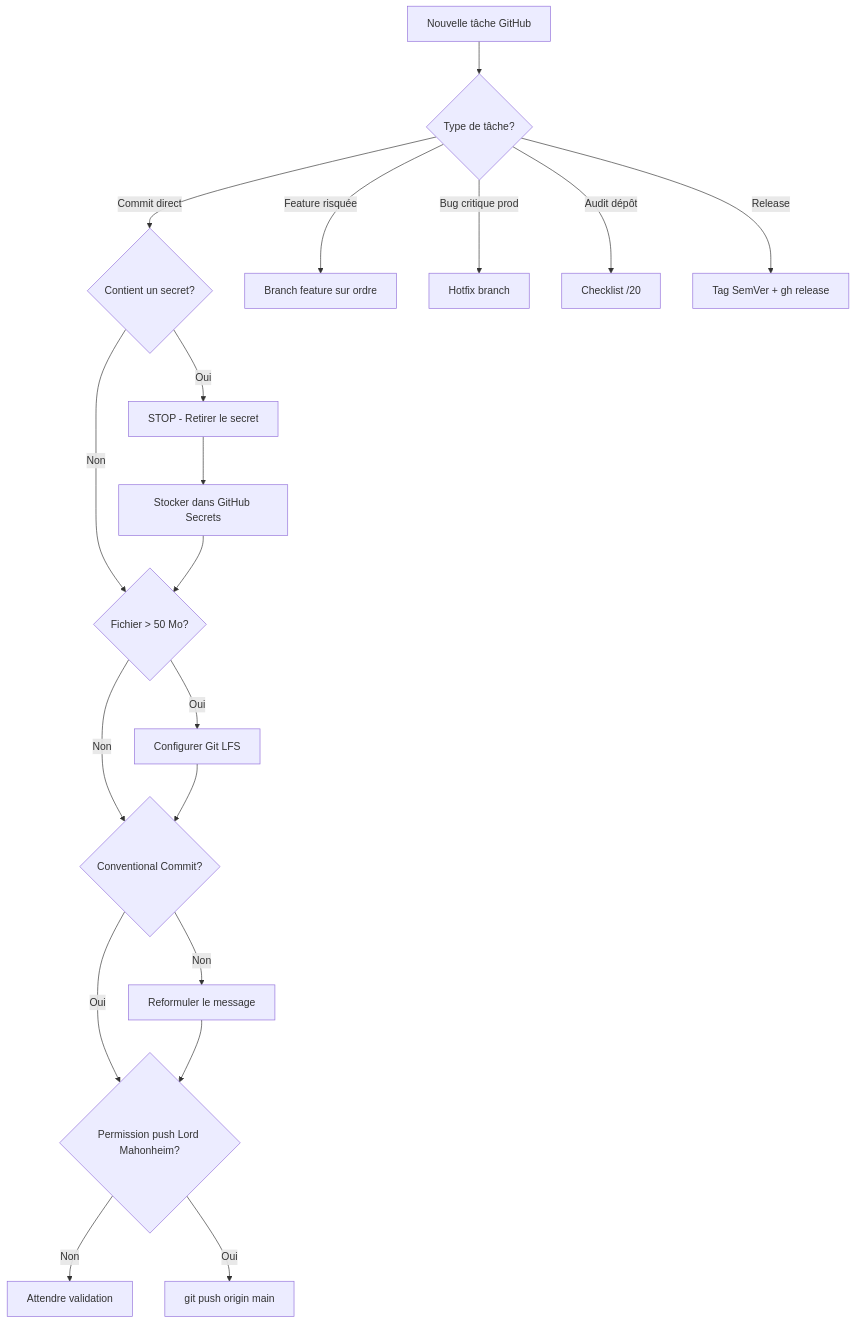
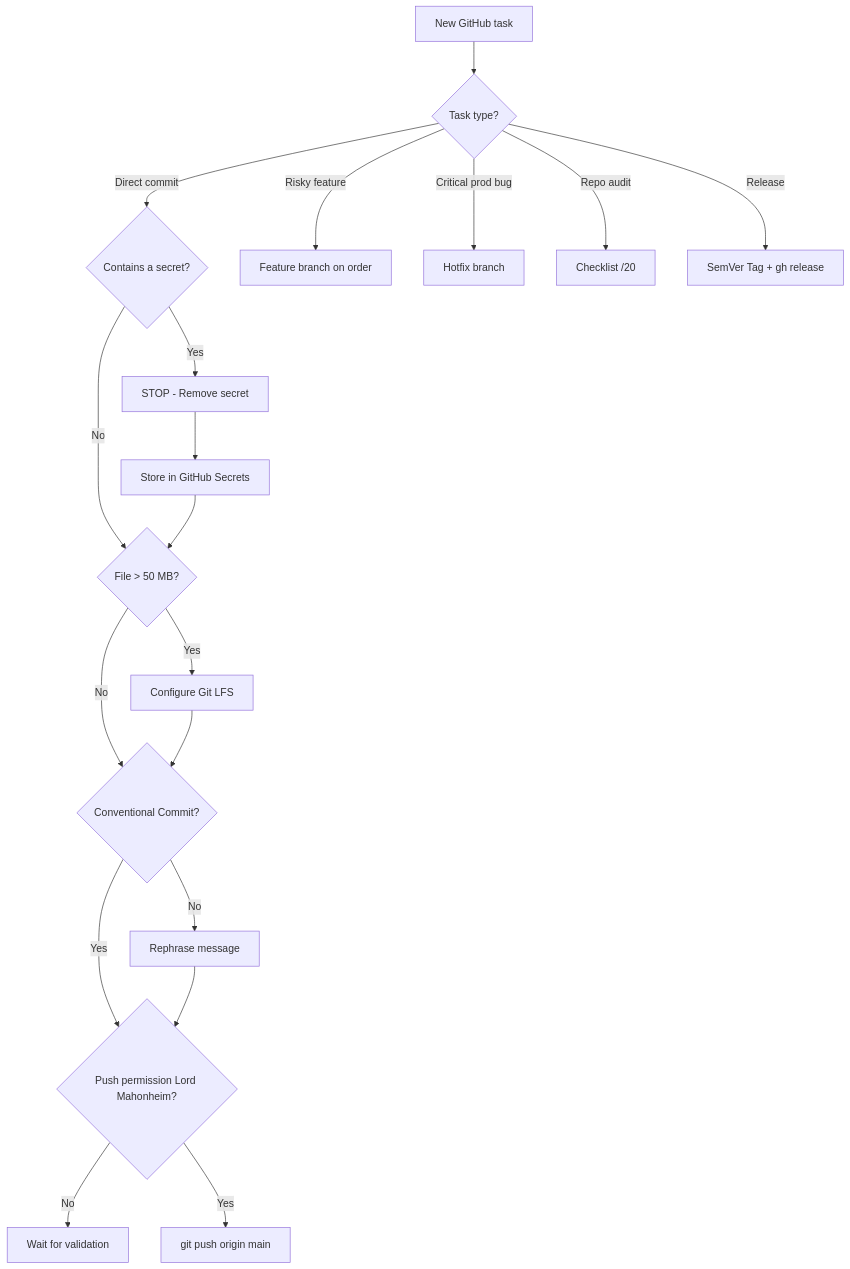
One commit to lordmahonheim-bot/Tesla-Antigravity-CLI changed the seventh of 7 diagrams in 09-Github-Governance/SKILL.md. Above: the diagram before and after it, drawn with Mermaid. The commit also changed other lines of this file and 14 other files, not shown here.

````diff
--- a/09-Github-Governance/SKILL.md
+++ b/09-Github-Governance/SKILL.md
@@ -958,22 +960,22 @@
 ```mermaid
 graph TD
-    A[Nouvelle tâche GitHub] --> B{Type de tâche?}
-    B -->|Commit direct| C{Contient un secret?}
-    B -->|Feature risquée| D[Branch feature sur ordre]
-    B -->|Bug critique prod| E[Hotfix branch]
-    B -->|Audit dépôt| F[Checklist /20]
-    B -->|Release| G[Tag SemVer + gh release]
+    A[New GitHub task] --> B{Task type?}
+    B -->|Direct commit| C{Contains a secret?}
+    B -->|Risky feature| D[Feature branch on order]
+    B -->|Critical prod bug| E[Hotfix branch]
+    B -->|Repo audit| F[Checklist /20]
+    B -->|Release| G[SemVer Tag + gh release]
 
-    C -->|Oui| H[STOP - Retirer le secret]
-    C -->|Non| I{Fichier > 50 Mo?}
-    H --> J[Stocker dans GitHub Secrets]
+    C -->|Yes| H[STOP - Remove secret]
+    C -->|No| I{File > 50 MB?}
+    H --> J[Store in GitHub Secrets]
     J --> I
-    I -->|Oui| K[Configurer Git LFS]
-    I -->|Non| L{Conventional Commit?}
+    I -->|Yes| K[Configure Git LFS]
+    I -->|No| L{Conventional Commit?}
     K --> L
-    L -->|Non| M[Reformuler le message]
-    L -->|Oui| N{Permission push Lord Mahonheim?}
+    L -->|No| M[Rephrase message]
+    L -->|Yes| N{Push permission Lord Mahonheim?}
     M --> N
-    N -->|Non| O[Attendre validation]
-    N -->|Oui| P[git push origin main]
+    N -->|No| O[Wait for validation]
+    N -->|Yes| P[git push origin main]
 ```
````
